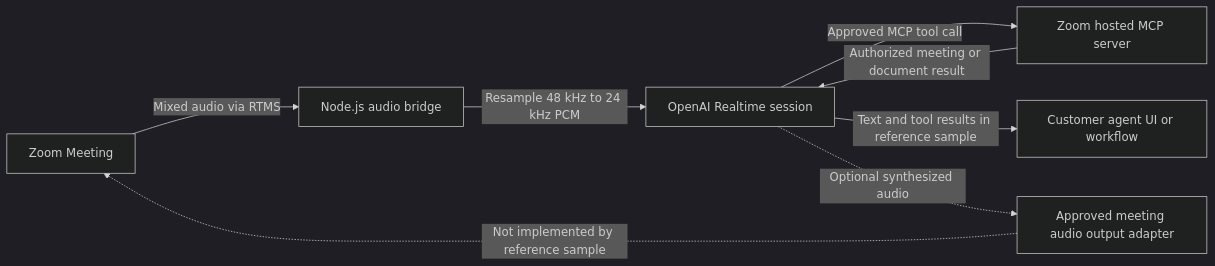
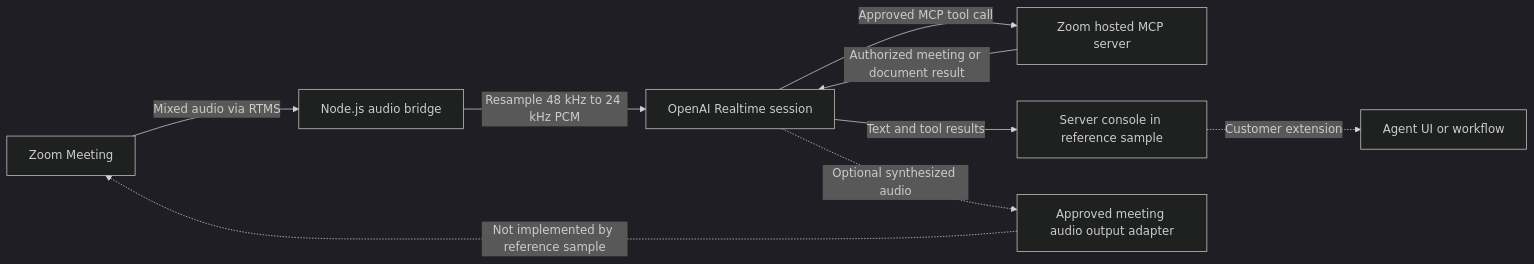
One commit to zoom/blueprints changed the diagram in blueprints/openai-meeting-voice-agent/architecture.mmd. Above: the diagram before and after it, drawn with Mermaid (dark theme). The commit also changed 1 other file, not shown here.

Commit message:
Improve OpenAI meeting agent blueprint

```diff
--- a/blueprints/openai-meeting-voice-agent/architecture.mmd
+++ b/blueprints/openai-meeting-voice-agent/architecture.mmd
@@ -1,8 +1,9 @@
 flowchart LR
     A[Zoom Meeting] -->|Mixed audio via RTMS| B[Node.js audio bridge]
     B -->|Resample 48 kHz to 24 kHz PCM| C[OpenAI Realtime session]
     C -->|Approved MCP tool call| D[Zoom hosted MCP server]
     D -->|Authorized meeting or document result| C
-    C -->|Text and tool results in reference sample| E[Customer agent UI or workflow]
+    C -->|Text and tool results| E[Server console in reference sample]
+    E -.->|Customer extension| G[Agent UI or workflow]
     C -.->|Optional synthesized audio| F[Approved meeting audio output adapter]
     F -.->|Not implemented by reference sample| A
```
